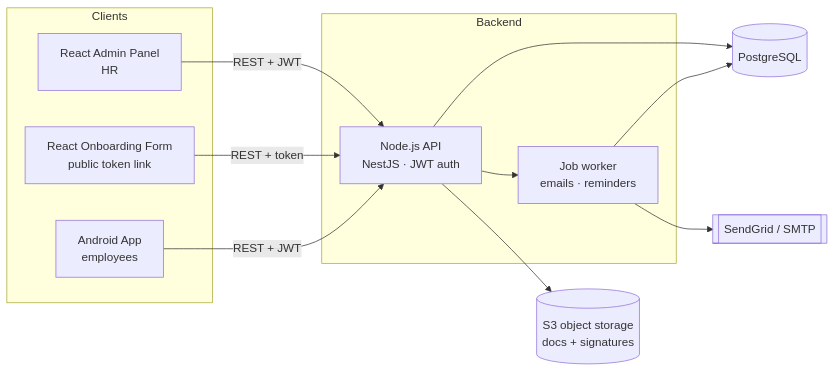
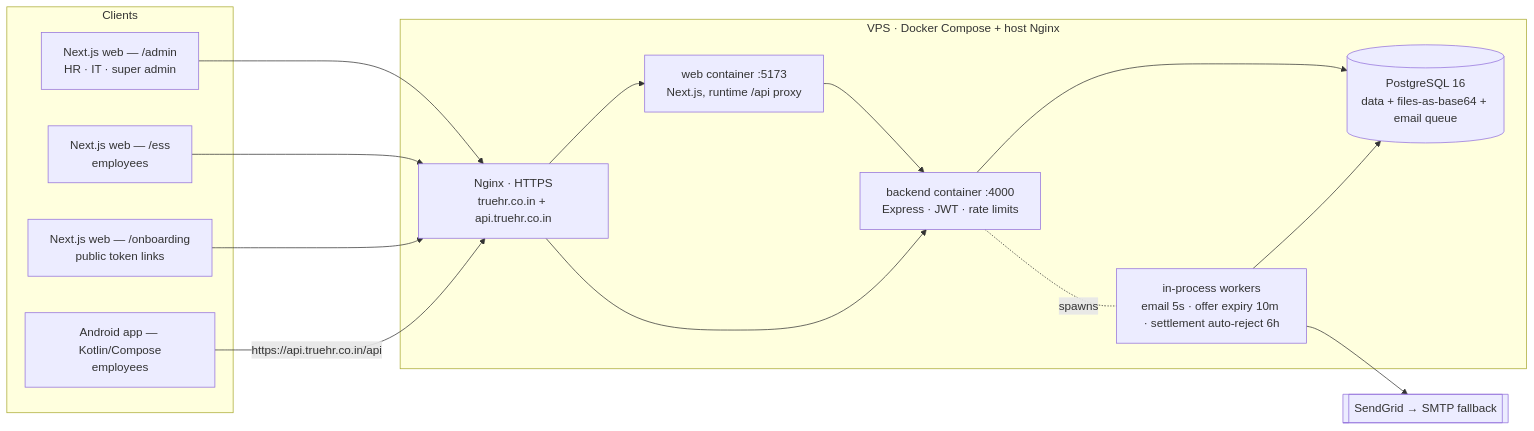
The third of 3 diagrams in HRMS_System_Plan.md (koustav2/true-hr), drawn with Mermaid before and after one commit. The commit also changed other lines of this file, not shown here.

````diff
--- a/HRMS_System_Plan.md
+++ b/HRMS_System_Plan.md
@@ -159,26 +178,28 @@
 ```mermaid
 flowchart LR
     subgraph Clients
-      ADM[React Admin Panel<br/>HR]
-      ONB[React Onboarding Form<br/>public token link]
-      AND[Android App<br/>employees]
+      ADM[Next.js web — /admin<br/>HR · IT · super admin]
+      ESS[Next.js web — /ess<br/>employees]
+      ONB[Next.js web — /onboarding<br/>public token links]
+      AND[Android app — Kotlin/Compose<br/>employees]
     end
 
-    subgraph Backend
-      API[Node.js API<br/>NestJS · JWT auth]
-      WRK[Job worker<br/>emails · reminders]
+    subgraph VPS [VPS · Docker Compose + host Nginx]
+      NGX[Nginx · HTTPS<br/>truehr.co.in + api.truehr.co.in]
+      WEB[web container :5173<br/>Next.js, runtime /api proxy]
+      API[backend container :4000<br/>Express · JWT · rate limits]
+      WRK[in-process workers<br/>email 5s · offer expiry 10m · settlement auto-reject 6h]
+      DB[(PostgreSQL 16<br/>data + files-as-base64 + email queue)]
     end
 
-    DB[(PostgreSQL)]
-    MAIL[[SendGrid / SMTP]]
-    OBJ[(S3 object storage<br/>docs + signatures)]
+    MAIL[[SendGrid → SMTP fallback]]
 
-    ADM -->|REST + JWT| API
-    ONB -->|REST + token| API
-    AND -->|REST + JWT| API
+    ADM & ESS & ONB --> NGX
+    AND -->|https://api.truehr.co.in/api| NGX
+    NGX --> WEB --> API
+    NGX --> API
     API --> DB
-    API --> OBJ
-    API --> WRK
+    API -.spawns.- WRK
     WRK --> MAIL
     WRK --> DB
 ```
````
